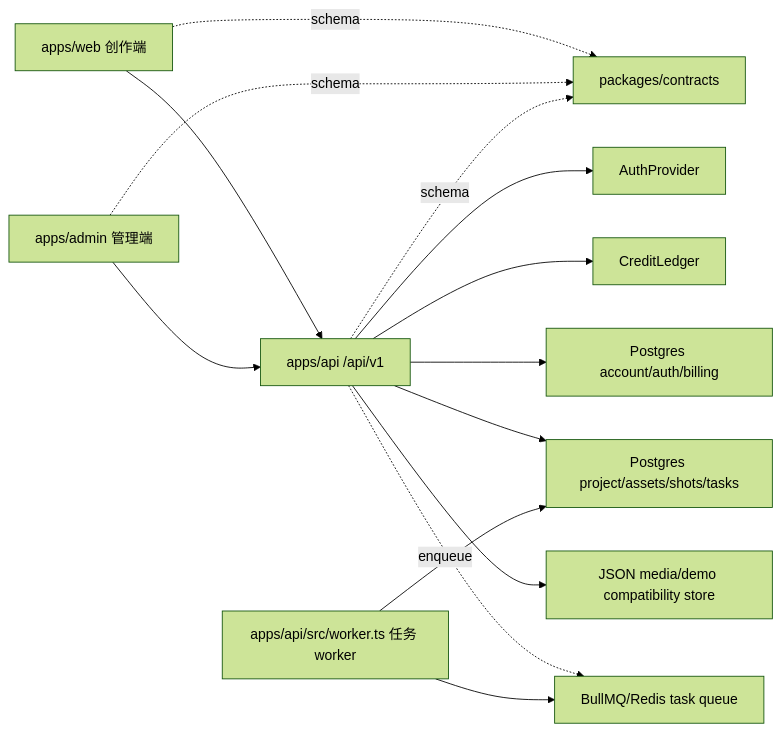
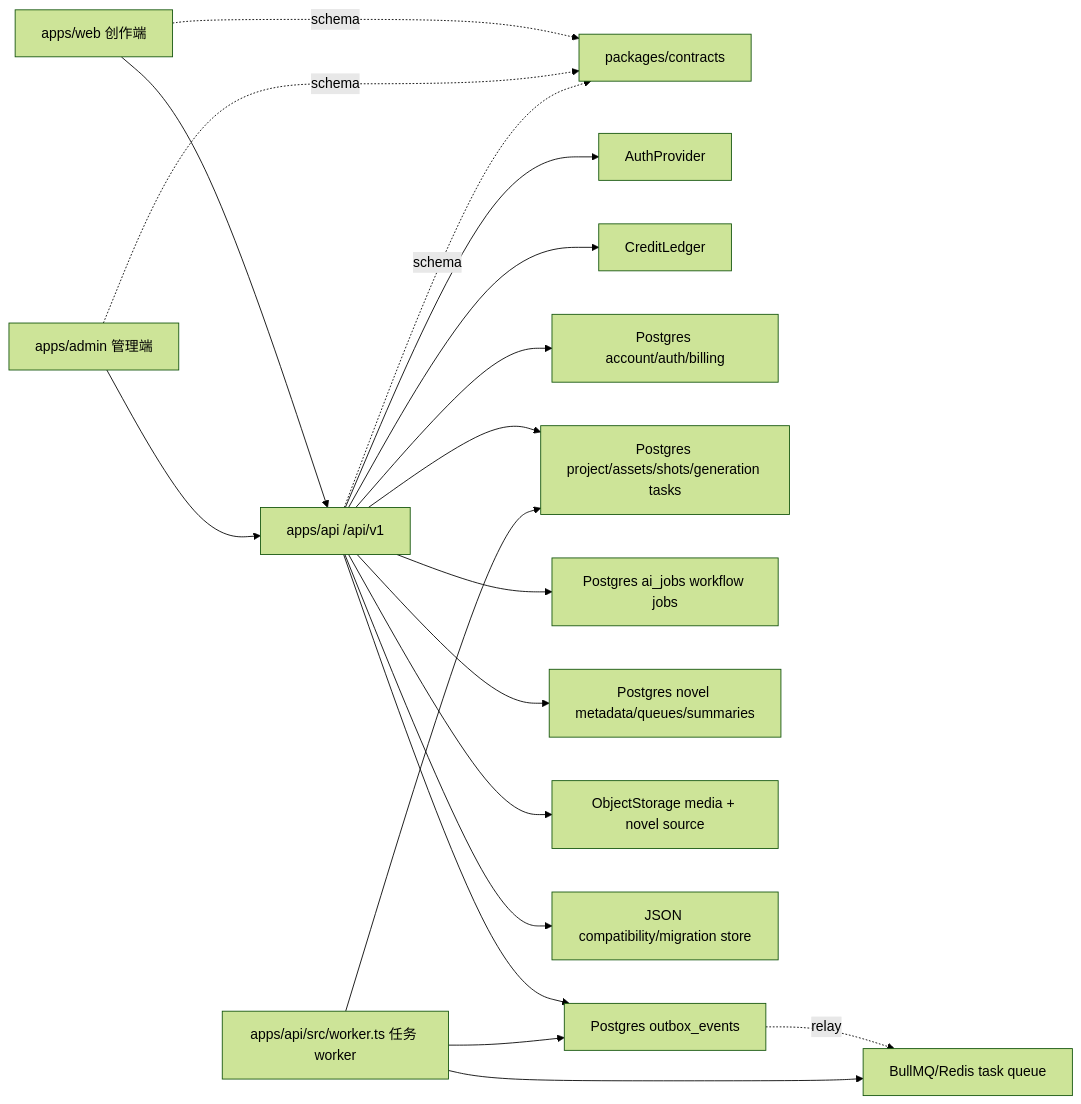
Before and after one commit to usaaron/AIGC_Video_Platform: the diagram in docs/ARCHITECTURE.md, drawn with Mermaid (forest theme). The commit also changed other lines of this file and 7 other files, not shown here.

Commit message:
docs: update backend architecture and organization model

````diff
--- a/docs/ARCHITECTURE.md
+++ b/docs/ARCHITECTURE.md
@@ -7,16 +7,21 @@
 ```mermaid
 flowchart LR
   Web["apps/web 创作端"] --> API["apps/api /api/v1"]
   Admin["apps/admin 管理端"] --> API
   Web -. schema .-> Contracts["packages/contracts"]
   Admin -. schema .-> Contracts
   API -. schema .-> Contracts
   API --> Auth["AuthProvider"]
   API --> Ledger["CreditLedger"]
   API --> AccountDb["Postgres account/auth/billing"]
-  API --> ProjectDb["Postgres project/assets/shots/tasks"]
-  API --> Store["JSON media/demo compatibility store"]
-  API -. enqueue .-> Queue["BullMQ/Redis task queue"]
+  API --> ProjectDb["Postgres project/assets/shots/generation tasks"]
+  API --> AiJobs["Postgres ai_jobs workflow jobs"]
+  API --> NovelDb["Postgres novel metadata/queues/summaries"]
+  API --> ObjectStorage["ObjectStorage media + novel source"]
+  API --> Store["JSON compatibility/migration store"]
+  API --> Outbox["Postgres outbox_events"]
+  Outbox -. relay .-> Queue["BullMQ/Redis task queue"]
   Worker["apps/api/src/worker.ts 任务 worker"] --> Queue
   Worker --> ProjectDb
+  Worker --> Outbox
 ```
````
